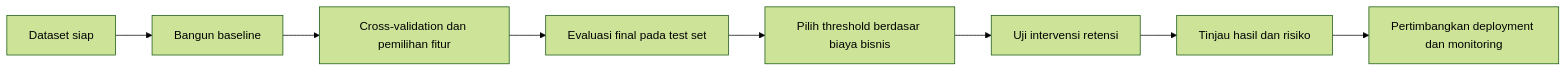
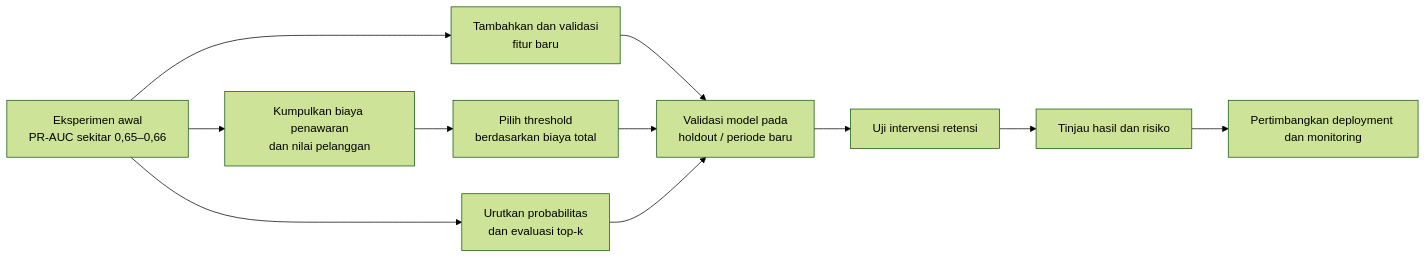
Before and after one commit to carlos1739/analisis_telco: the third of 3 diagrams in README.md, drawn with Mermaid (forest theme). The commit also changed other lines of this file, not shown here.

````diff
--- a/README.md
+++ b/README.md
@@ -462,10 +494,13 @@
 ```mermaid
 flowchart LR
-    A["Dataset siap"] --> B["Bangun baseline"]
-    B --> C["Cross-validation dan pemilihan fitur"]
-    C --> D["Evaluasi final pada test set"]
-    D --> E["Pilih threshold berdasar biaya bisnis"]
-    E --> F["Uji intervensi retensi"]
-    F --> G["Tinjau hasil dan risiko"]
-    G --> H["Pertimbangkan deployment dan monitoring"]
+    A["Eksperimen awal<br/>PR-AUC sekitar 0,65–0,66"] --> B["Kumpulkan biaya penawaran<br/>dan nilai pelanggan"]
+    A --> C["Tambahkan dan validasi<br/>fitur baru"]
+    B --> D["Pilih threshold<br/>berdasarkan biaya total"]
+    A --> E["Urutkan probabilitas<br/>dan evaluasi top-k"]
+    C --> F["Validasi model pada<br/>holdout / periode baru"]
+    D --> F
+    E --> F
+    F --> G["Uji intervensi retensi"]
+    G --> H["Tinjau hasil dan risiko"]
+    H --> I["Pertimbangkan deployment dan monitoring"]
 ```
````
